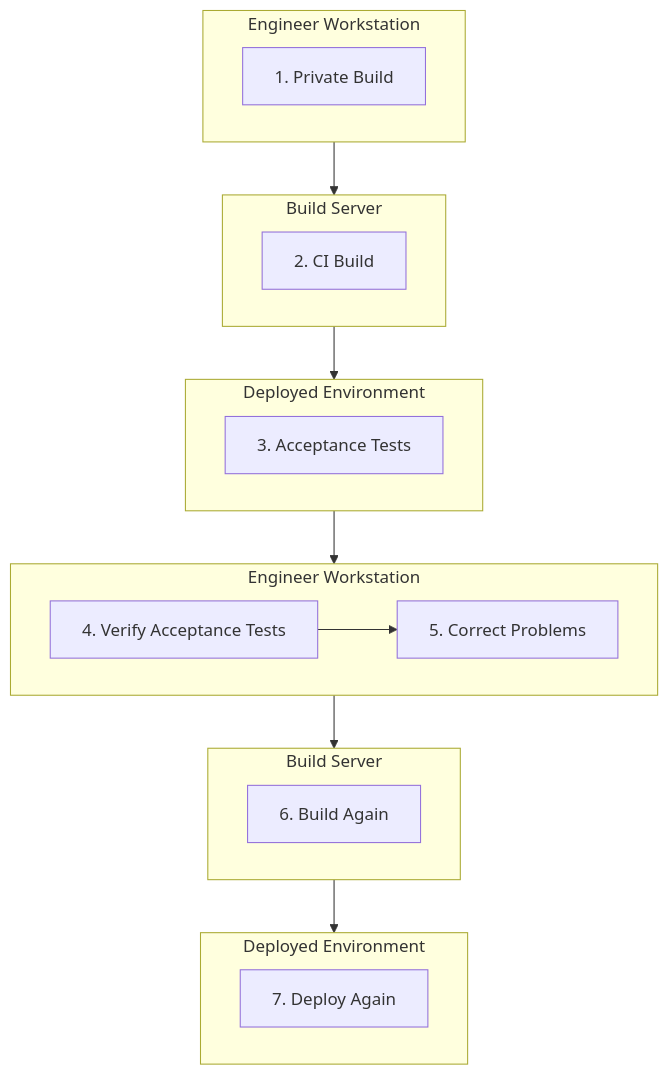
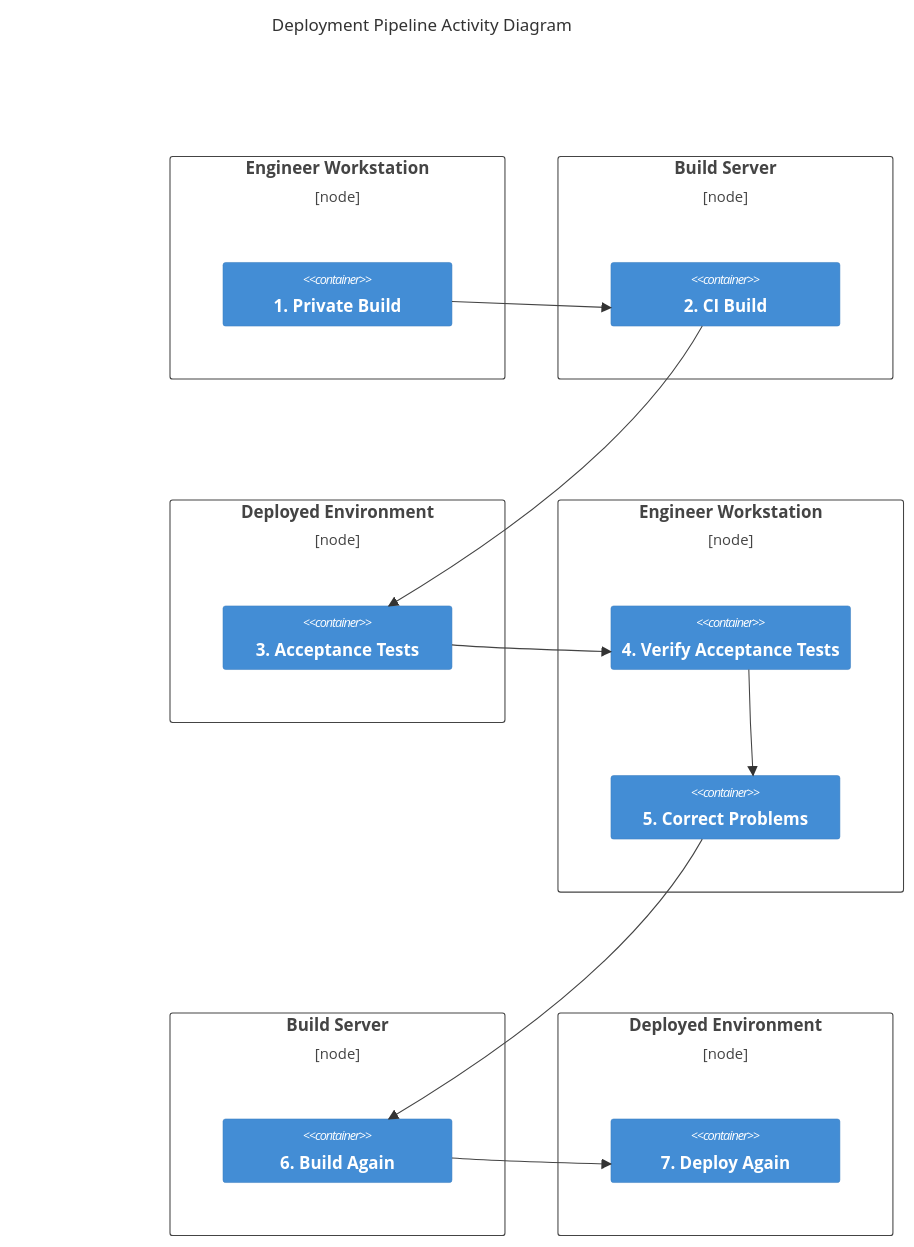
One commit to ClearMeasureLabs/bootcamp-palermo-workorders changed the diagram in arch/activity-deployment-pipeline.md. Above: the diagram before and after it, drawn with Mermaid. The commit also changed 1 other file, not shown here.

Commit message:
Convert pipeline activity diagram to Mermaid C4Deployment
Replaces the flowchart-with-subgraphs approach with C4Deployment
diagram type: Deployment_Node for each environment, Container for
each pipeline step, Rel for the sequential flow.

https://claude.ai/code/session_014Fzh5drMKp4aNkPkFVcSgv

````diff
--- a/arch/activity-deployment-pipeline.md
+++ b/arch/activity-deployment-pipeline.md
@@ -5,29 +5,36 @@
 ```mermaid
-flowchart TB
-    subgraph eng1["Engineer Workstation"]
-        direction LR
-        A["1. Private Build"]
-    end
-    subgraph build1["Build Server"]
-        direction LR
-        B["2. CI Build"]
-    end
-    subgraph deploy1["Deployed Environment"]
-        direction LR
-        C["3. Acceptance Tests"]
-    end
-    subgraph eng2["Engineer Workstation"]
-        direction LR
-        D["4. Verify Acceptance Tests"]
-        E["5. Correct Problems"]
-    end
-    subgraph build2["Build Server"]
-        direction LR
-        F["6. Build Again"]
-    end
-    subgraph deploy2["Deployed Environment"]
-        direction LR
-        G["7. Deploy Again"]
-    end
-    A --> B --> C --> D --> E --> F --> G
+C4Deployment
+  title Deployment Pipeline Activity Diagram
+
+  Deployment_Node(eng1, "Engineer Workstation") {
+    Container(A, "1. Private Build")
+  }
+
+  Deployment_Node(build1, "Build Server") {
+    Container(B, "2. CI Build")
+  }
+
+  Deployment_Node(deploy1, "Deployed Environment") {
+    Container(C, "3. Acceptance Tests")
+  }
+
+  Deployment_Node(eng2, "Engineer Workstation") {
+    Container(D, "4. Verify Acceptance Tests")
+    Container(E, "5. Correct Problems")
+  }
+
+  Deployment_Node(build2, "Build Server") {
+    Container(F, "6. Build Again")
+  }
+
+  Deployment_Node(deploy2, "Deployed Environment") {
+    Container(G, "7. Deploy Again")
+  }
+
+  Rel(A, B, "")
+  Rel(B, C, "")
+  Rel(C, D, "")
+  Rel(D, E, "")
+  Rel(E, F, "")
+  Rel(F, G, "")
 ```
````
